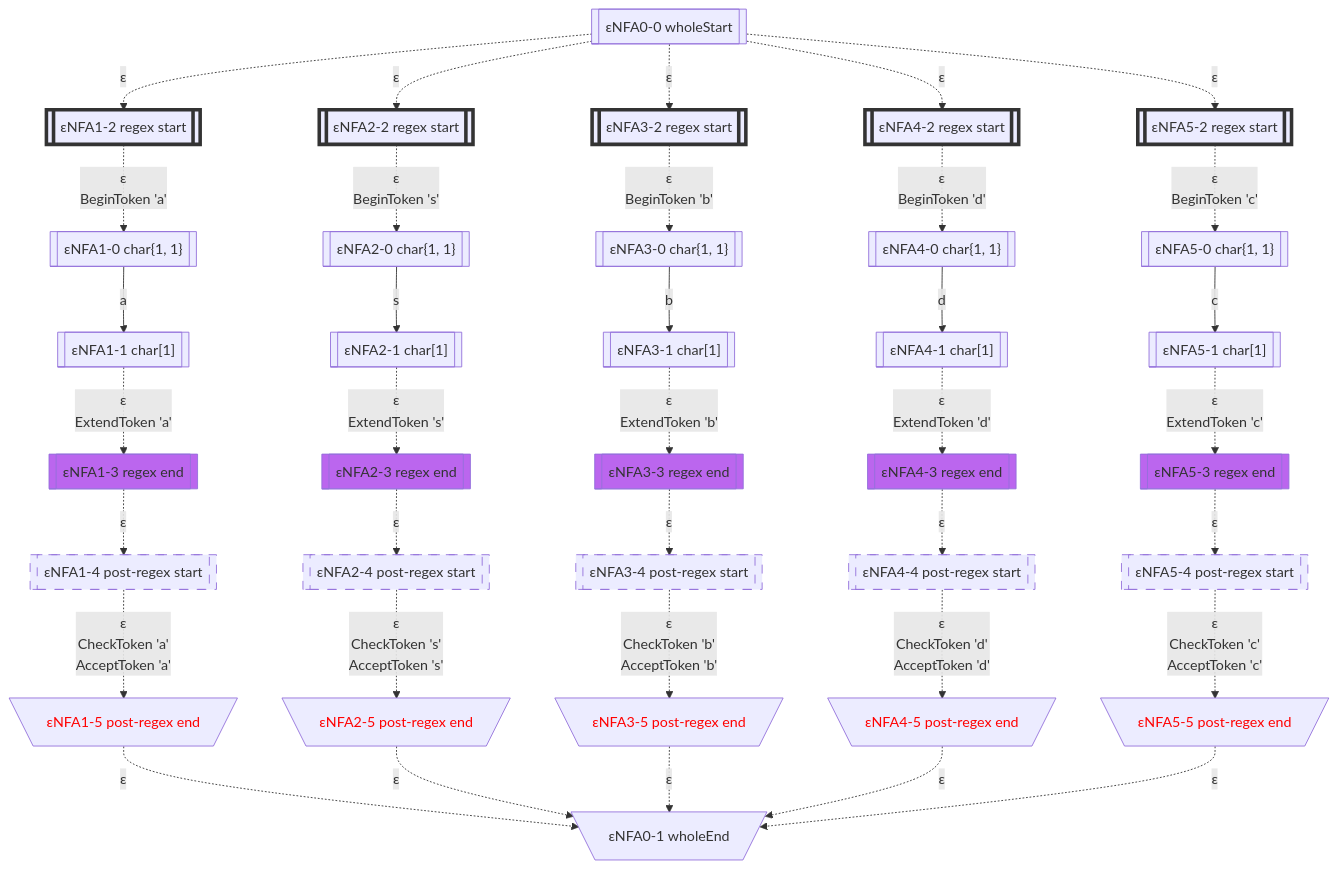
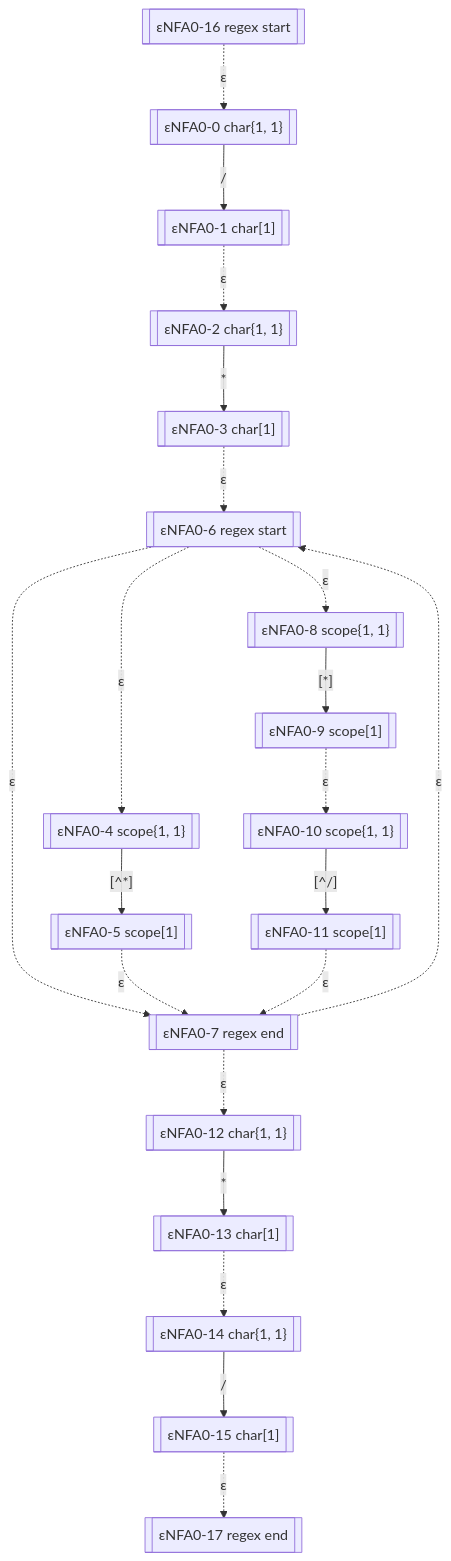
One commit to bitzhuwei/GrammarMentor changed diagram 11 of 21 in Practices/Practice.GeneratedXxxFormat.Test/GeneratedSAB/LexicalAnalyzer/README.gen.md. Above: the diagram before and after it, drawn with Mermaid. The commit also changed other lines of this file and 3868 other files, not shown here.

````diff
--- a/Practices/Practice.GeneratedXxxFormat.Test/GeneratedSAB/LexicalAnalyzer/README.gen.md
+++ b/Practices/Practice.GeneratedXxxFormat.Test/GeneratedSAB/LexicalAnalyzer/README.gen.md
@@ -303,112 +301,42 @@
 classDef c1101 stroke:#333,stroke-width:4px,fill:#BB66EE,color:#FF0000;
 classDef c1110 stroke:#333,stroke-width:4px,fill:#BB66EE,stroke-dasharray: 10 10;
 classDef c1111 stroke:#333,stroke-width:4px,fill:#BB66EE,stroke-dasharray: 10 10,color:#FF0000;
-eNFA0_0_11401175[["εNFA0-0 wholeStart"]]
-eNFA1_2_30339247[["εNFA1-2 regex start"]]
-class eNFA1_2_30339247 c1000;
-eNFA2_2_35501716[["εNFA2-2 regex start"]]
-class eNFA2_2_35501716 c1000;
-eNFA3_2_62817140[["εNFA3-2 regex start"]]
-class eNFA3_2_62817140 c1000;
-eNFA4_2_30975470[["εNFA4-2 regex start"]]
-class eNFA4_2_30975470 c1000;
-eNFA5_2_32230622[["εNFA5-2 regex start"]]
-class eNFA5_2_32230622 c1000;
-eNFA1_0_4617770[["εNFA1-0 char{1, 1}"]]
-eNFA2_0_43838484[["εNFA2-0 char{1, 1}"]]
-eNFA3_0_55023556[["εNFA3-0 char{1, 1}"]]
-eNFA4_0_25985176[["εNFA4-0 char{1, 1}"]]
-eNFA5_0_60543561[["εNFA5-0 char{1, 1}"]]
-eNFA1_1_41559932[["εNFA1-1 char[1]"]]
-eNFA2_1_59002044[["εNFA2-1 char[1]"]]
-eNFA3_1_25449961[["εNFA3-1 char[1]"]]
-eNFA4_1_32539999[["εNFA4-1 char[1]"]]
-eNFA5_1_8021141[["εNFA5-1 char[1]"]]
-eNFA1_3_38495070[["εNFA1-3 regex end"]]
-class eNFA1_3_38495070 c0100;
-eNFA2_3_61256348[["εNFA2-3 regex end"]]
-class eNFA2_3_61256348 c0100;
-eNFA3_3_27723061[["εNFA3-3 regex end"]]
-class eNFA3_3_27723061 c0100;
-eNFA4_3_24424539[["εNFA4-3 regex end"]]
-class eNFA4_3_24424539 c0100;
-eNFA5_3_5081413[["εNFA5-3 regex end"]]
-class eNFA5_3_5081413 c0100;
-eNFA1_4_10911313[["εNFA1-4 post-regex start"]]
-class eNFA1_4_10911313 c0010;
-eNFA2_4_14436222[["εNFA2-4 post-regex start"]]
-class eNFA2_4_14436222 c0010;
-eNFA3_4_48180961[["εNFA3-4 post-regex start"]]
-class eNFA3_4_48180961 c0010;
-eNFA4_4_18494261[["εNFA4-4 post-regex start"]]
-class eNFA4_4_18494261 c0010;
-eNFA5_4_45732721[["εNFA5-4 post-regex start"]]
-class eNFA5_4_45732721 c0010;
-eNFA1_5_31092959[\"εNFA1-5 post-regex end"/]
-class eNFA1_5_31092959 c0001;
-eNFA2_5_51079989[\"εNFA2-5 post-regex end"/]
-class eNFA2_5_51079989 c0001;
-eNFA3_5_28483349[\"εNFA3-5 post-regex end"/]
-class eNFA3_5_28483349 c0001;
-eNFA4_5_10343782[\"εNFA4-5 post-regex end"/]
-class eNFA4_5_10343782 c0001;
-eNFA5_5_21640143[\"εNFA5-5 post-regex end"/]
-class eNFA5_5_21640143 c0001;
-eNFA0_1_57066725[\"εNFA0-1 wholeEnd"/]
-eNFA0_0_11401175 -.->|"ε"|eNFA1_2_30339247
-eNFA0_0_11401175 -.->|"ε"|eNFA2_2_35501716
-eNFA0_0_11401175 -.->|"ε"|eNFA3_2_62817140
-eNFA0_0_11401175 -.->|"ε"|eNFA4_2_30975470
-eNFA0_0_11401175 -.->|"ε"|eNFA5_2_32230622
-eNFA1_2_30339247 -.->|"ε
-BeginToken 'a'"|eNFA1_0_4617770
-eNFA2_2_35501716 -.->|"ε
-BeginToken 's'"|eNFA2_0_43838484
-eNFA3_2_62817140 -.->|"ε
-BeginToken 'b'"|eNFA3_0_55023556
-eNFA4_2_30975470 -.->|"ε
-BeginToken 'd'"|eNFA4_0_25985176
-eNFA5_2_32230622 -.->|"ε
-BeginToken 'c'"|eNFA5_0_60543561
-eNFA1_0_4617770 -->|"a"|eNFA1_1_41559932
-eNFA2_0_43838484 -->|"s"|eNFA2_1_59002044
-eNFA3_0_55023556 -->|"b"|eNFA3_1_25449961
-eNFA4_0_25985176 -->|"d"|eNFA4_1_32539999
-eNFA5_0_60543561 -->|"c"|eNFA5_1_8021141
-eNFA1_1_41559932 -.->|"ε
-ExtendToken 'a'"|eNFA1_3_38495070
-eNFA2_1_59002044 -.->|"ε
-ExtendToken 's'"|eNFA2_3_61256348
-eNFA3_1_25449961 -.->|"ε
-ExtendToken 'b'"|eNFA3_3_27723061
-eNFA4_1_32539999 -.->|"ε
-ExtendToken 'd'"|eNFA4_3_24424539
-eNFA5_1_8021141 -.->|"ε
-ExtendToken 'c'"|eNFA5_3_5081413
-eNFA1_3_38495070 -.->|"ε"|eNFA1_4_10911313
-eNFA2_3_61256348 -.->|"ε"|eNFA2_4_14436222
-eNFA3_3_27723061 -.->|"ε"|eNFA3_4_48180961
-eNFA4_3_24424539 -.->|"ε"|eNFA4_4_18494261
-eNFA5_3_5081413 -.->|"ε"|eNFA5_4_45732721
-eNFA1_4_10911313 -.->|"ε
-CheckToken 'a'
-AcceptToken 'a'"|eNFA1_5_31092959
-eNFA2_4_14436222 -.->|"ε
-CheckToken 's'
-AcceptToken 's'"|eNFA2_5_51079989
-eNFA3_4_48180961 -.->|"ε
-CheckToken 'b'
-AcceptToken 'b'"|eNFA3_5_28483349
-eNFA4_4_18494261 -.->|"ε
-CheckToken 'd'
-AcceptToken 'd'"|eNFA4_5_10343782
-eNFA5_4_45732721 -.->|"ε
-CheckToken 'c'
-AcceptToken 'c'"|eNFA5_5_21640143
-eNFA1_5_31092959 -.->|"ε"|eNFA0_1_57066725
-eNFA2_5_51079989 -.->|"ε"|eNFA0_1_57066725
-eNFA3_5_28483349 -.->|"ε"|eNFA0_1_57066725
-eNFA4_5_10343782 -.->|"ε"|eNFA0_1_57066725
-eNFA5_5_21640143 -.->|"ε"|eNFA0_1_57066725
-
+eNFA0_16_18373927[["εNFA0-16 regex start"]]
+eNFA0_0_31147615[["εNFA0-0 char{1, 1}"]]
+eNFA0_1_11893084[["εNFA0-1 char[1]"]]
+eNFA0_2_39928893[["εNFA0-2 char{1, 1}"]]
+eNFA0_3_51839388[["εNFA0-3 char[1]"]]
+eNFA0_6_1047692[["εNFA0-6 regex start"]]
+eNFA0_4_17754262[["εNFA0-4 scope{1, 1}"]]
+eNFA0_8_9429236[["εNFA0-8 scope{1, 1}"]]
+eNFA0_7_28809145[["εNFA0-7 regex end"]]
+eNFA0_5_57955715[["εNFA0-5 scope[1]"]]
+eNFA0_9_25542086[["εNFA0-9 scope[1]"]]
+eNFA0_12_63901309[["εNFA0-12 char{1, 1}"]]
+eNFA0_10_10797361[["εNFA0-10 scope{1, 1}"]]
+eNFA0_13_30067389[["εNFA0-13 char[1]"]]
+eNFA0_11_25570637[["εNFA0-11 scope[1]"]]
+eNFA0_14_2171049[["εNFA0-14 char{1, 1}"]]
+eNFA0_15_41637294[["εNFA0-15 char[1]"]]
+eNFA0_17_39191328[["εNFA0-17 regex end"]]
+eNFA0_16_18373927 -.->|"ε"|eNFA0_0_31147615
+eNFA0_0_31147615 -->|"/"|eNFA0_1_11893084
+eNFA0_1_11893084 -.->|"ε"|eNFA0_2_39928893
+eNFA0_2_39928893 -->|"*"|eNFA0_3_51839388
+eNFA0_3_51839388 -.->|"ε"|eNFA0_6_1047692
+eNFA0_6_1047692 -.->|"ε"|eNFA0_4_17754262
+eNFA0_6_1047692 -.->|"ε"|eNFA0_8_9429236
+eNFA0_6_1047692 -.->|"ε"|eNFA0_7_28809145
+eNFA0_4_17754262 -->|"[^*]"|eNFA0_5_57955715
+eNFA0_8_9429236 -->|"[*]"|eNFA0_9_25542086
+eNFA0_7_28809145 -.->|"ε"|eNFA0_6_1047692
+eNFA0_7_28809145 -.->|"ε"|eNFA0_12_63901309
+eNFA0_5_57955715 -.->|"ε"|eNFA0_7_28809145
+eNFA0_9_25542086 -.->|"ε"|eNFA0_10_10797361
+eNFA0_12_63901309 -->|"*"|eNFA0_13_30067389
+eNFA0_10_10797361 -->|"[^/]"|eNFA0_11_25570637
+eNFA0_13_30067389 -.->|"ε"|eNFA0_14_2171049
+eNFA0_11_25570637 -.->|"ε"|eNFA0_7_28809145
+eNFA0_14_2171049 -->|"/"|eNFA0_15_41637294
+eNFA0_15_41637294 -.->|"ε"|eNFA0_17_39191328
 ```
````
